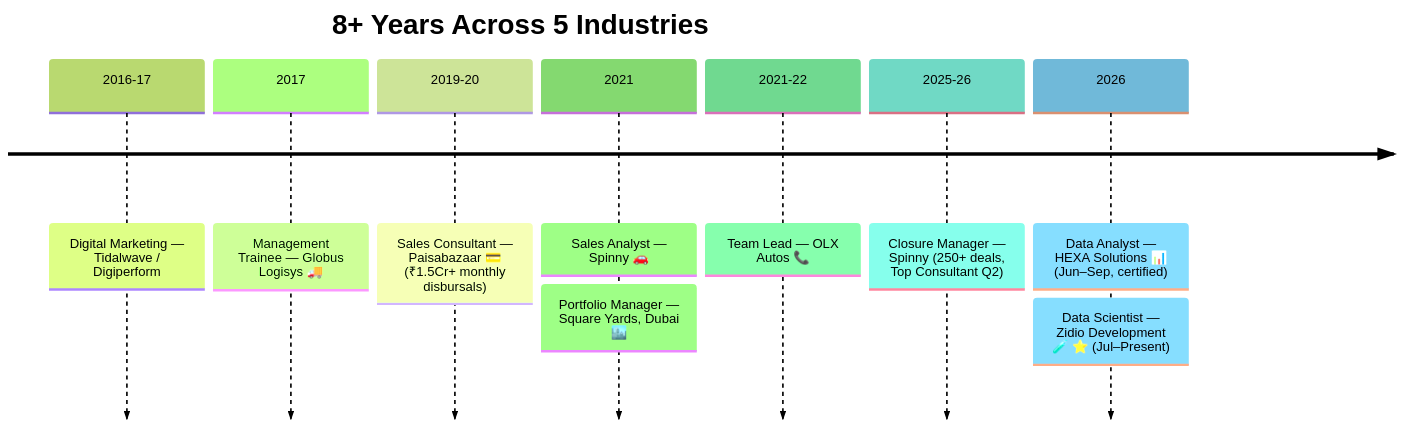
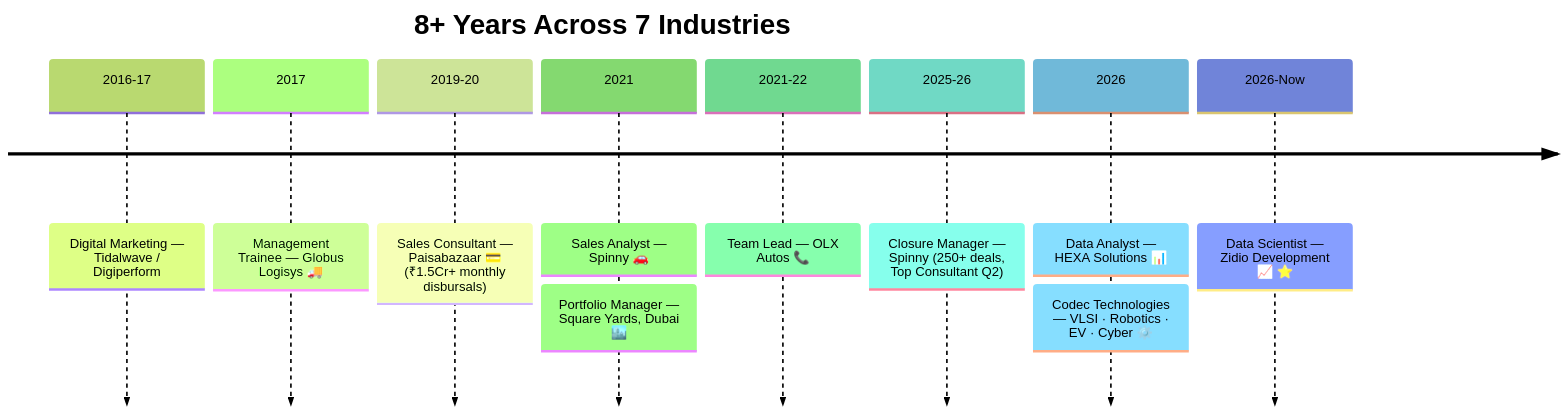
The diagram in README_Dashboard.md (Eswar5313/Eswar5313), drawn with Mermaid (forest theme) before and after one commit. The commit also changed other lines of this file, not shown here.

````diff
--- a/README_Dashboard.md
+++ b/README_Dashboard.md
@@ -181,11 +168,12 @@
 ```mermaid
 timeline
-    title 8+ Years Across 5 Industries
+    title 8+ Years Across 7 Industries
     2016-17 : Digital Marketing — Tidalwave / Digiperform
     2017 : Management Trainee — Globus Logisys 🚚
     2019-20 : Sales Consultant — Paisabazaar 💳 (₹1.5Cr+ monthly disbursals)
     2021 : Sales Analyst — Spinny 🚗 : Portfolio Manager — Square Yards, Dubai 🏙️
     2021-22 : Team Lead — OLX Autos 📞
     2025-26 : Closure Manager — Spinny (250+ deals, Top Consultant Q2)
-    2026 : Data Analyst — HEXA Solutions 📊 (Jun–Sep, certified) : Data Scientist — Zidio Development 🧪 ⭐ (Jul–Present)
+    2026 : Data Analyst — HEXA Solutions 📊 : Codec Technologies — VLSI · Robotics · EV · Cyber ⚙️
+    2026-Now : Data Scientist — Zidio Development 📈 ⭐
 ```
````
